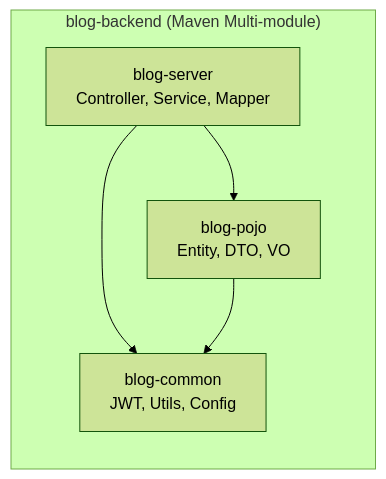
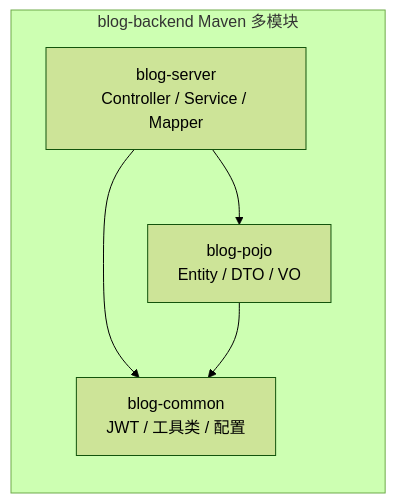
One commit to Eleven-Mouse/Eleven-blog changed the second of 2 diagrams in README.md. Above: the diagram before and after it, drawn with Mermaid (forest theme). The commit also changed other lines of this file and 1 other file, not shown here.

````diff
--- a/README.md
+++ b/README.md
@@ -75,11 +79,11 @@
 ```mermaid
 graph LR
-    subgraph "blog-backend (Maven Multi-module)"
-        Common["blog-common<br/>JWT, Utils, Config"]
-        POJO["blog-pojo<br/>Entity, DTO, VO"]
-        Server["blog-server<br/>Controller, Service, Mapper"]
+    subgraph Backend["blog-backend Maven 多模块"]
+        Common["blog-common<br/>JWT / 工具类 / 配置"]
+        POJO["blog-pojo<br/>Entity / DTO / VO"]
+        Server["blog-server<br/>Controller / Service / Mapper"]
     end
     Server --> Common
     Server --> POJO
     POJO --> Common
 ```
````
